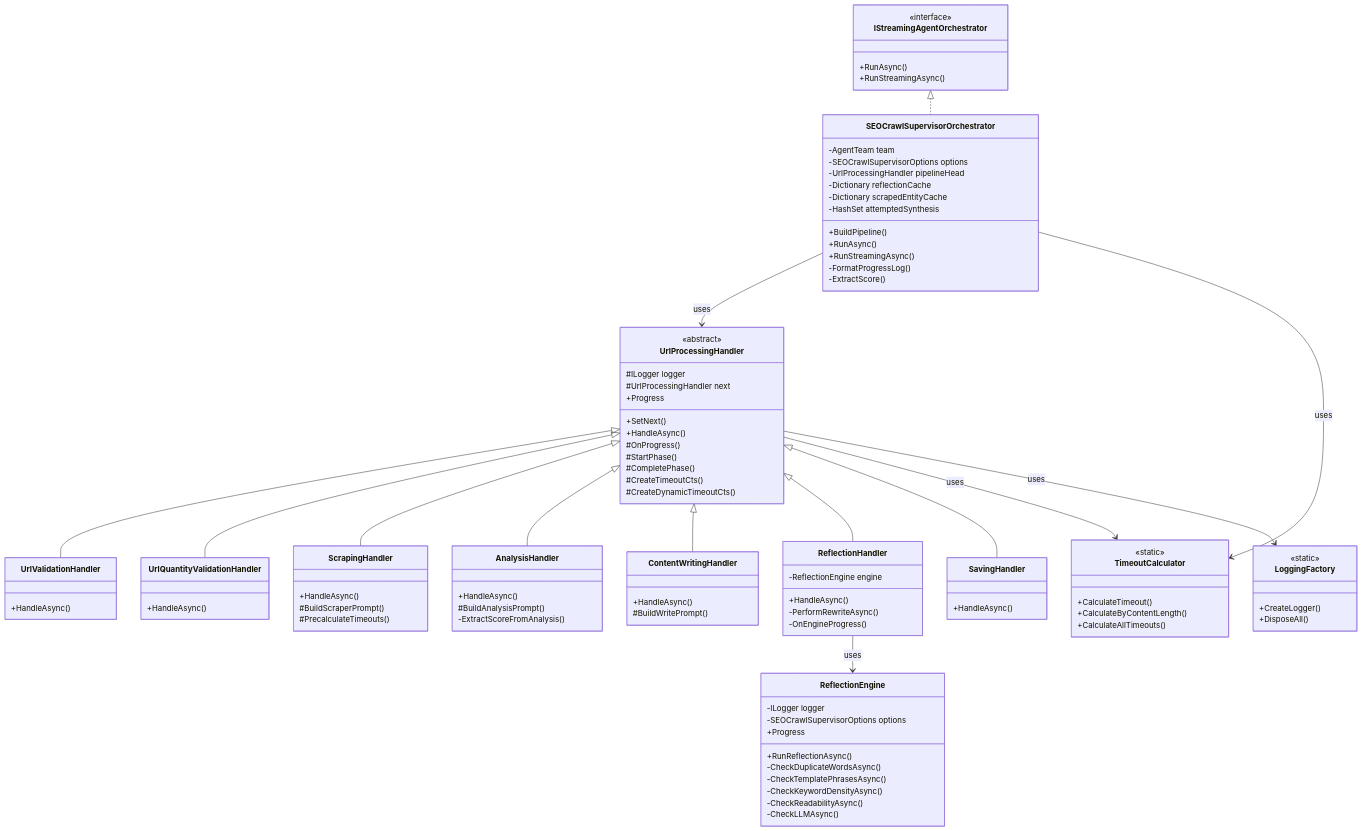
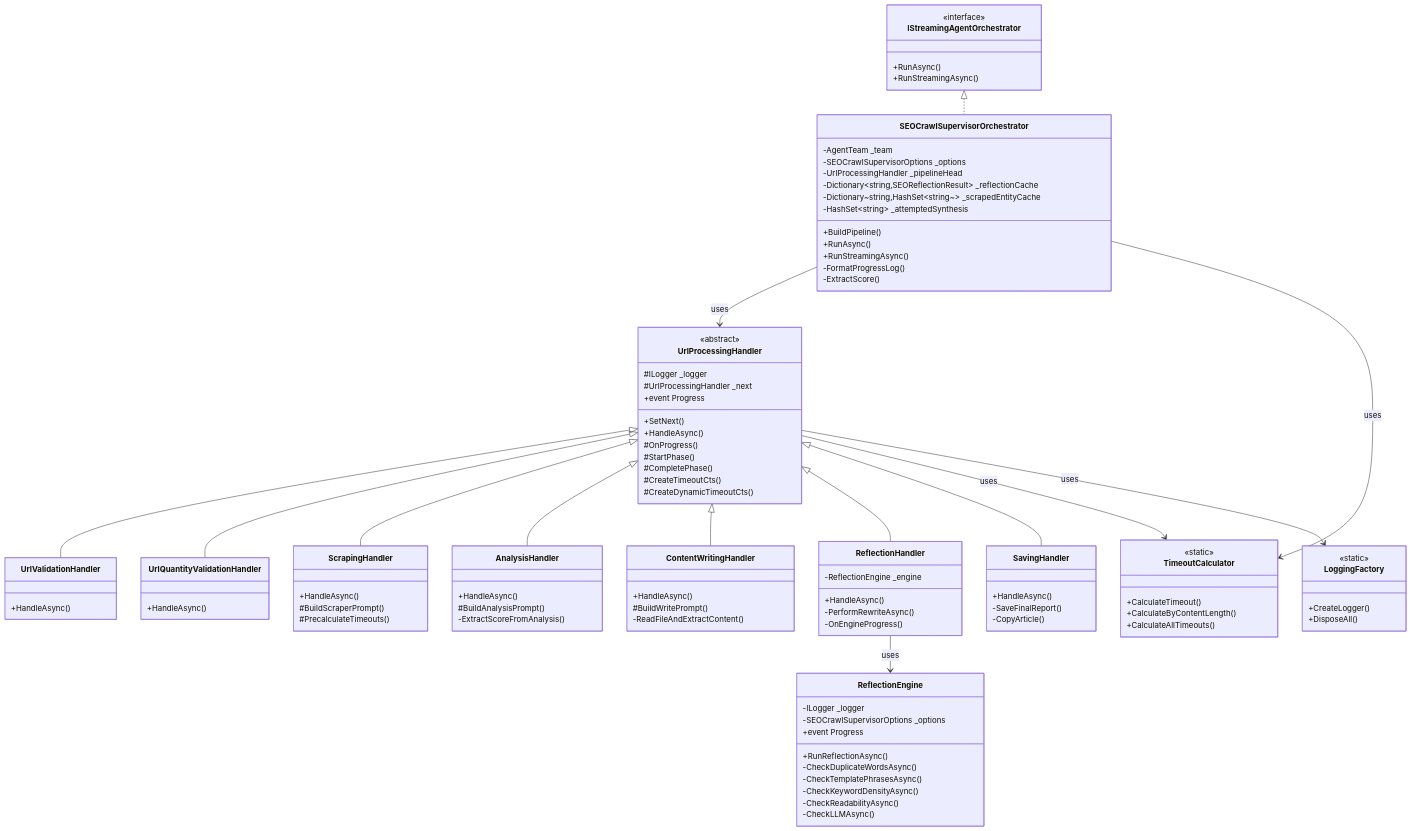
Before and after one commit to hoangnc/VNMLAgentFramework: the third of 13 diagrams in SEO_Architecture_Design_VN.md, drawn with Mermaid. The commit also changed other lines of this file, not shown here.

```diff
--- a/SEO_Architecture_Design_VN.md
+++ b/SEO_Architecture_Design_VN.md
@@ -169,26 +171,26 @@
         +RunAsync()
         +RunStreamingAsync()
     }
-
+    
     class SEOCrawlSupervisorOrchestrator {
-        -AgentTeam team
-        -SEOCrawlSupervisorOptions options
-        -UrlProcessingHandler pipelineHead
-        -Dictionary reflectionCache
-        -Dictionary scrapedEntityCache
-        -HashSet attemptedSynthesis
+        -AgentTeam _team
+        -SEOCrawlSupervisorOptions _options
+        -UrlProcessingHandler _pipelineHead
+        -Dictionary~string,SEOReflectionResult~ _reflectionCache
+        -Dictionary~string,HashSet~string~~ _scrapedEntityCache
+        -HashSet~string~ _attemptedSynthesis
         +BuildPipeline()
         +RunAsync()
         +RunStreamingAsync()
         -FormatProgressLog()
         -ExtractScore()
     }
-
+    
     class UrlProcessingHandler {
         <<abstract>>
-        #ILogger logger
-        #UrlProcessingHandler next
-        +Progress
+        #ILogger _logger
+        #UrlProcessingHandler _next
+        +event Progress
         +SetNext()
         +HandleAsync()
         #OnProgress()
@@ -197,43 +199,44 @@
         #CreateTimeoutCts()
         #CreateDynamicTimeoutCts()
     }
-
+    
     class UrlValidationHandler {
         +HandleAsync()
     }
-
+    
     class UrlQuantityValidationHandler {
         +HandleAsync()
     }
-
+    
     class ScrapingHandler {
         +HandleAsync()
         #BuildScraperPrompt()
         #PrecalculateTimeouts()
     }
-
+    
     class AnalysisHandler {
         +HandleAsync()
         #BuildAnalysisPrompt()
         -ExtractScoreFromAnalysis()
     }
-
+    
     class ContentWritingHandler {
         +HandleAsync()
         #BuildWritePrompt()
+        -ReadFileAndExtractContent()
     }
-
+    
     class ReflectionHandler {
-        -ReflectionEngine engine
+        -ReflectionEngine _engine
         +HandleAsync()
         -PerformRewriteAsync()
         -OnEngineProgress()
     }
-
+    
     class ReflectionEngine {
-        -ILogger logger
-        -SEOCrawlSupervisorOptions options
-        +Progress
+        -ILogger _logger
+        -SEOCrawlSupervisorOptions _options
+        +event Progress
         +RunReflectionAsync()
         -CheckDuplicateWordsAsync()
         -CheckTemplatePhrasesAsync()
@@ -241,24 +244,26 @@
         -CheckReadabilityAsync()
         -CheckLLMAsync()
     }
-
+    
     class SavingHandler {
         +HandleAsync()
+        -SaveFinalReport()
+        -CopyArticle()
     }
-
+    
     class TimeoutCalculator {
         <<static>>
         +CalculateTimeout()
         +CalculateByContentLength()
         +CalculateAllTimeouts()
     }
-
+    
     class LoggingFactory {
         <<static>>
         +CreateLogger()
         +DisposeAll()
     }
-
+    
     IStreamingAgentOrchestrator <|.. SEOCrawlSupervisorOrchestrator
     SEOCrawlSupervisorOrchestrator --> UrlProcessingHandler : uses
     UrlProcessingHandler <|-- UrlValidationHandler
```
